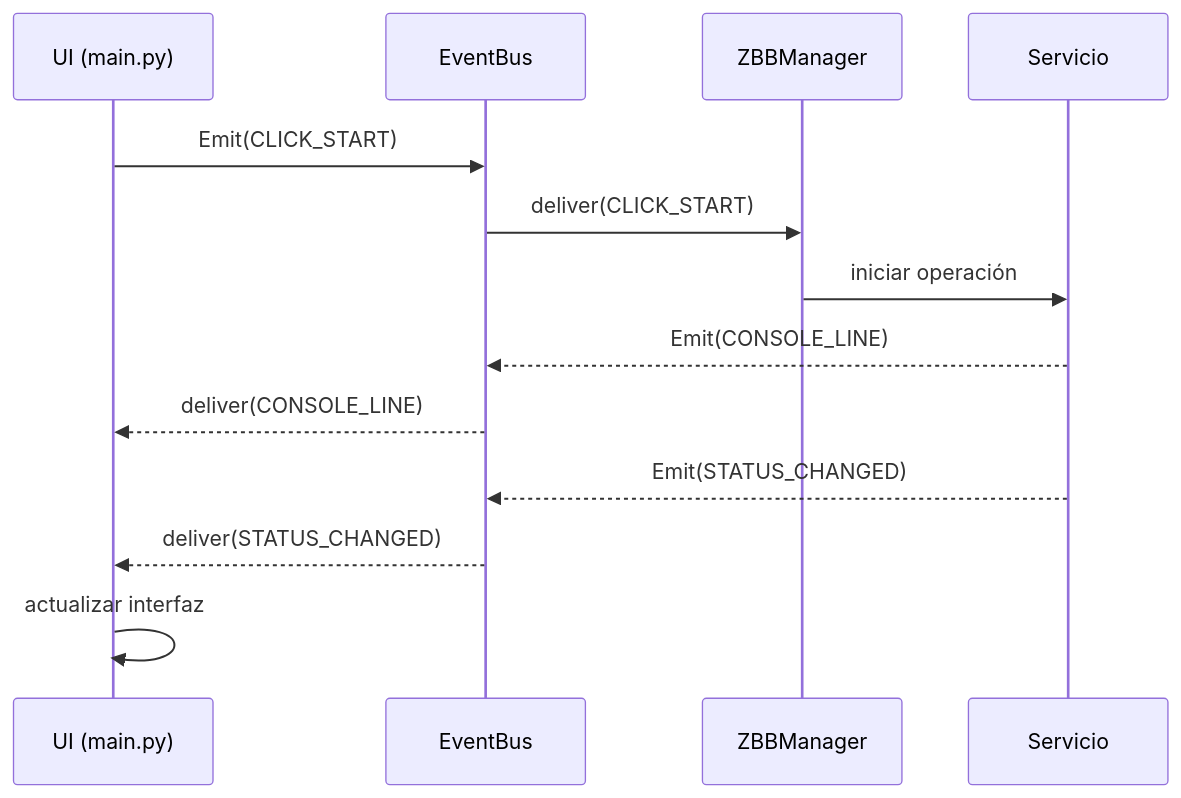
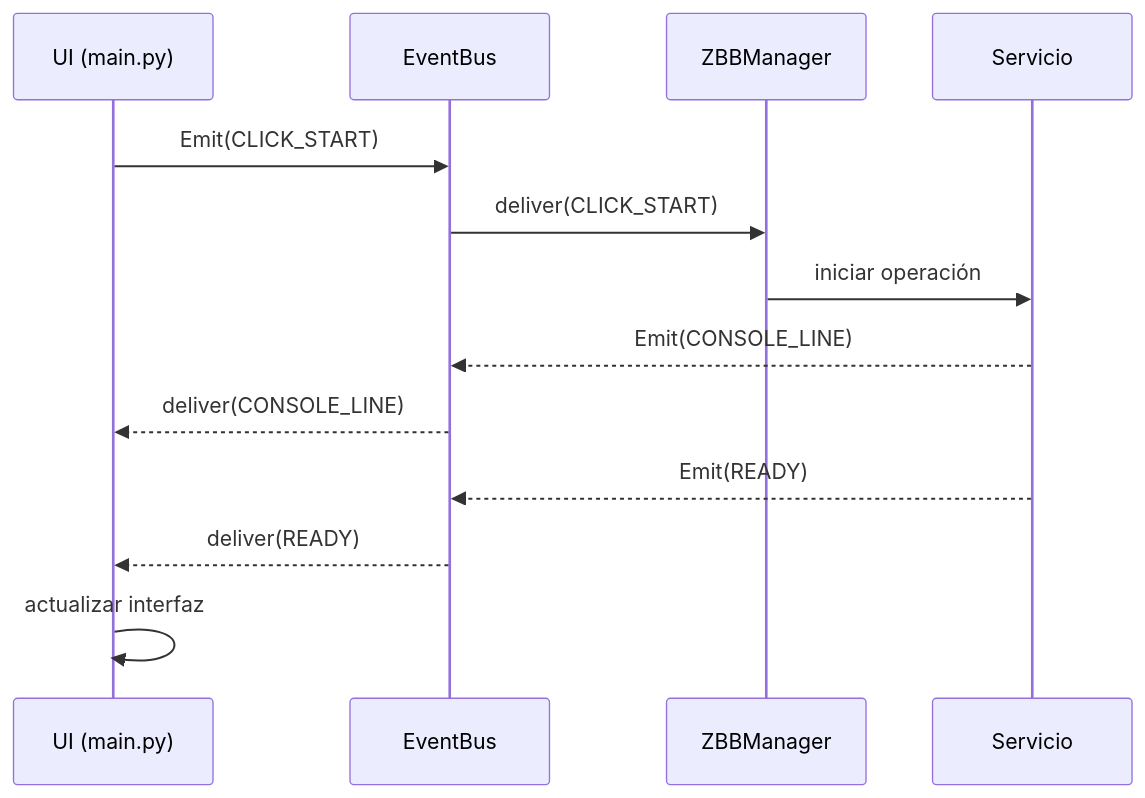
The diagram in docs/SKILL.md (DesvoSoft/ZeroBlockBridge), drawn with Mermaid before and after one commit. The commit also changed 3 other files, not shown here.

Commit message:
docs: sync all docs to current state — remove stale TPS refs, add CrashReporter, fix STATUS_CHANGED to READY, update Platform Neutrality rule

````diff
--- a/docs/SKILL.md
+++ b/docs/SKILL.md
@@ -59,16 +59,16 @@
 ```mermaid
 sequenceDiagram
     participant UI as UI (main.py)
     participant EB as EventBus
     participant Core as ZBBManager
     participant Srv as Servicio
 
     UI->>EB: Emit(CLICK_START)
     EB->>Core: deliver(CLICK_START)
     Core->>Srv: iniciar operación
     Srv-->>EB: Emit(CONSOLE_LINE)
     EB-->>UI: deliver(CONSOLE_LINE)
-    Srv-->>EB: Emit(STATUS_CHANGED)
-    EB-->>UI: deliver(STATUS_CHANGED)
+    Srv-->>EB: Emit(READY)
+    EB-->>UI: deliver(READY)
     UI->>UI: actualizar interfaz
 ```
````
